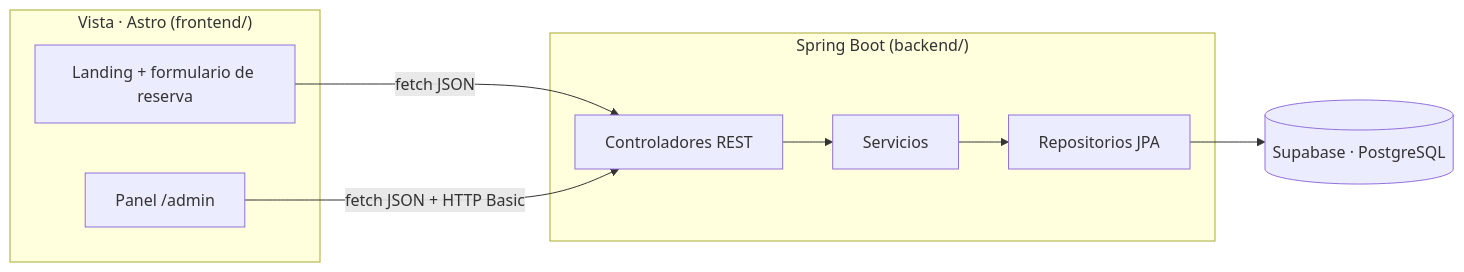
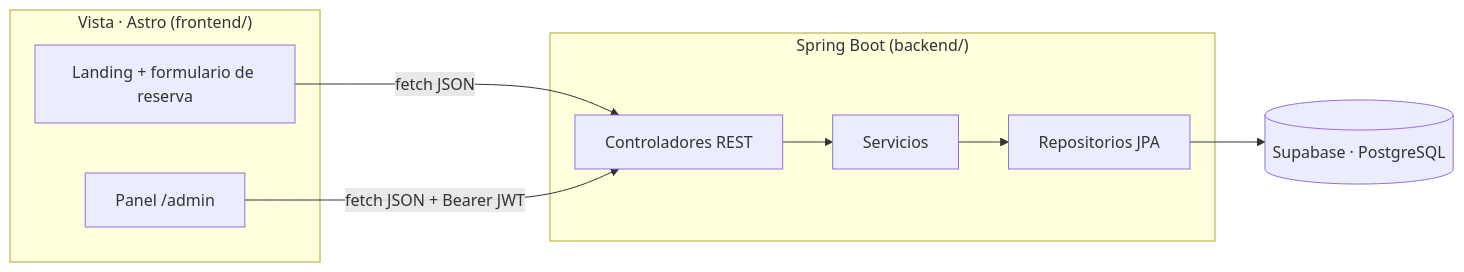
The diagram in README.md (DAE2026-2/sakura), drawn with Mermaid before and after one commit. The commit also changed other lines of this file and 24 other files, not shown here.

First line of the commit message:
feat(auth): JWT en lugar de HTTP Basic, pruebas por HTTP y limpieza

````diff
--- a/README.md
+++ b/README.md
@@ -23,14 +35,14 @@
 ```mermaid
 flowchart LR
     subgraph Vista["Vista · Astro (frontend/)"]
         L[Landing + formulario de reserva]
         A[Panel /admin]
     end
     subgraph Spring["Spring Boot (backend/)"]
         C[Controladores REST] --> S[Servicios] --> R[Repositorios JPA]
     end
     DB[(Supabase · PostgreSQL)]
     L -- fetch JSON --> C
-    A -- fetch JSON + HTTP Basic --> C
+    A -- fetch JSON + Bearer JWT --> C
     R --> DB
 ```
````
